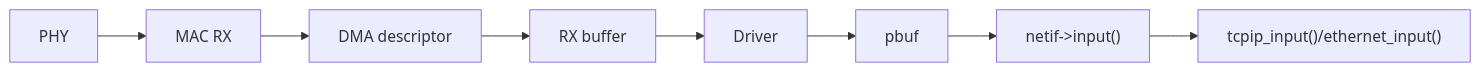
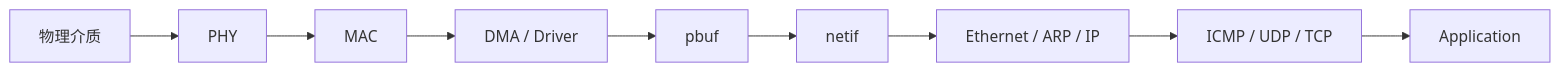
The seventh of 7 diagrams in docs/00-ethernet-physical-layer-and-network-stack.md (wdfk-prog/lwIP-Source-Lab), drawn with Mermaid before and after one commit. The commit also changed other lines of this file and 49 other files, not shown here.

````diff
--- a/docs/00-ethernet-physical-layer-and-network-stack.md
+++ b/docs/00-ethernet-physical-layer-and-network-stack.md
@@ -555,10 +310,11 @@
 ```mermaid
 flowchart LR
-    A["PHY"] --> B["MAC RX"]
-    B --> C["DMA descriptor"]
-    C --> D["RX buffer"]
-    D --> E["Driver"]
-    E --> F["pbuf"]
-    F --> G["netif->input()"]
-    G --> H["tcpip_input()/ethernet_input()"]
+    A["物理介质"] --> B["PHY"]
+    B --> C["MAC"]
+    C --> D["DMA / Driver"]
+    D --> E["pbuf"]
+    E --> F["netif"]
+    F --> G["Ethernet / ARP / IP"]
+    G --> H["ICMP / UDP / TCP"]
+    H --> I["Application"]
 ```
````
